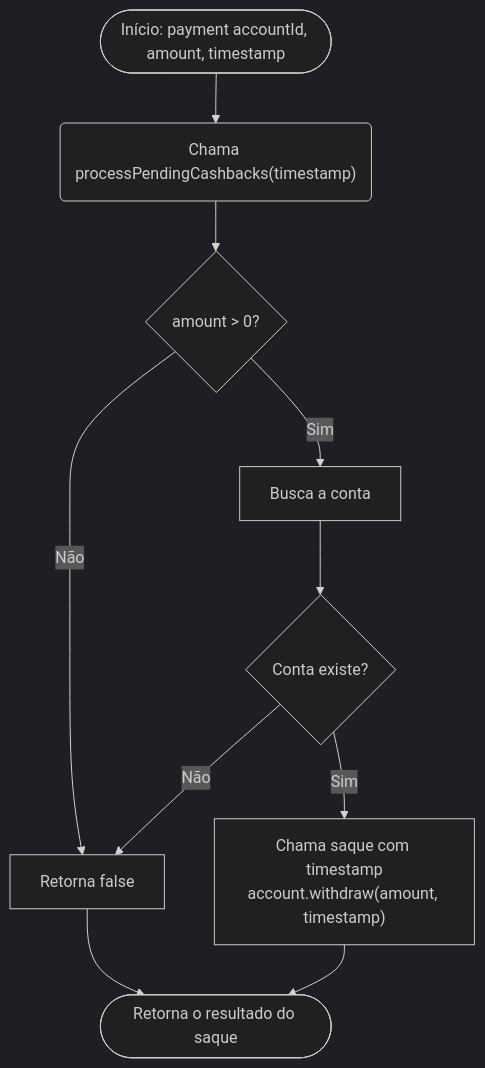
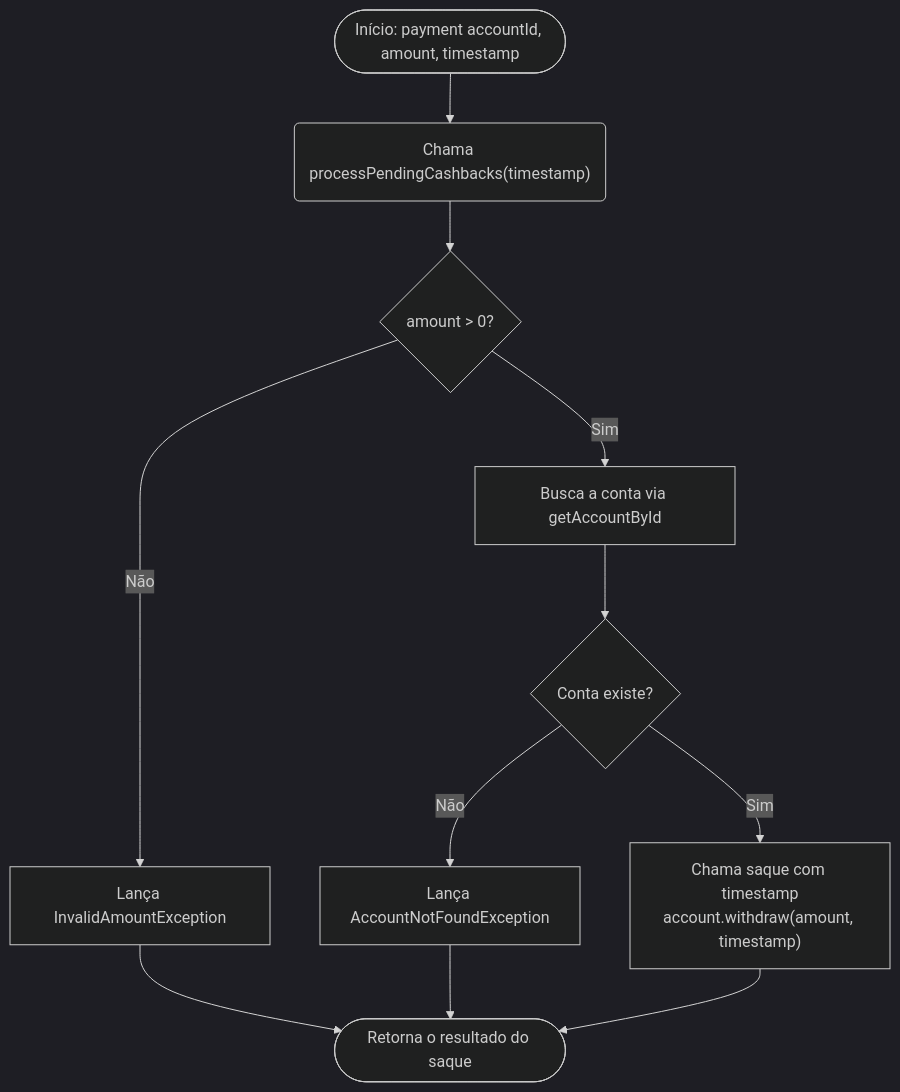
Before and after one commit to guiassys/nubank-training: the second of 2 diagrams in doc/architecture/mermaid_level_2.md, drawn with Mermaid (dark theme). The commit also changed 3 other files, not shown here.

Commit message:
fix: add exceptions in mermaid diagrans

````diff
--- a/doc/architecture/mermaid_level_2.md
+++ b/doc/architecture/mermaid_level_2.md
@@ -47,16 +47,17 @@
 ```mermaid
 flowchart TD
     Start([Início: payment accountId, amount, timestamp]) --> ProcessCashbacks("Chama processPendingCashbacks(timestamp)")
     
     ProcessCashbacks --> ValidateAmount{amount > 0?}
-    ValidateAmount -- Não --> ReturnFalse[Retorna false]
+    ValidateAmount -- Não --> ThrowInvalidAmount[Lança InvalidAmountException]
     
-    ValidateAmount -- Sim --> GetAccount[Busca a conta]
+    ValidateAmount -- Sim --> GetAccount[Busca a conta via getAccountById]
     GetAccount --> CheckAccount{Conta existe?}
-    CheckAccount -- Não --> ReturnFalse
+    CheckAccount -- Não --> ThrowNotFound[Lança AccountNotFoundException]
     
     CheckAccount -- Sim --> Withdraw["Chama saque com timestamp\naccount.withdraw(amount, timestamp)"]
     Withdraw --> End([Retorna o resultado do saque])
     
-    ReturnFalse --> End
+    ThrowInvalidAmount --> End
+    ThrowNotFound --> End
 ```
````
